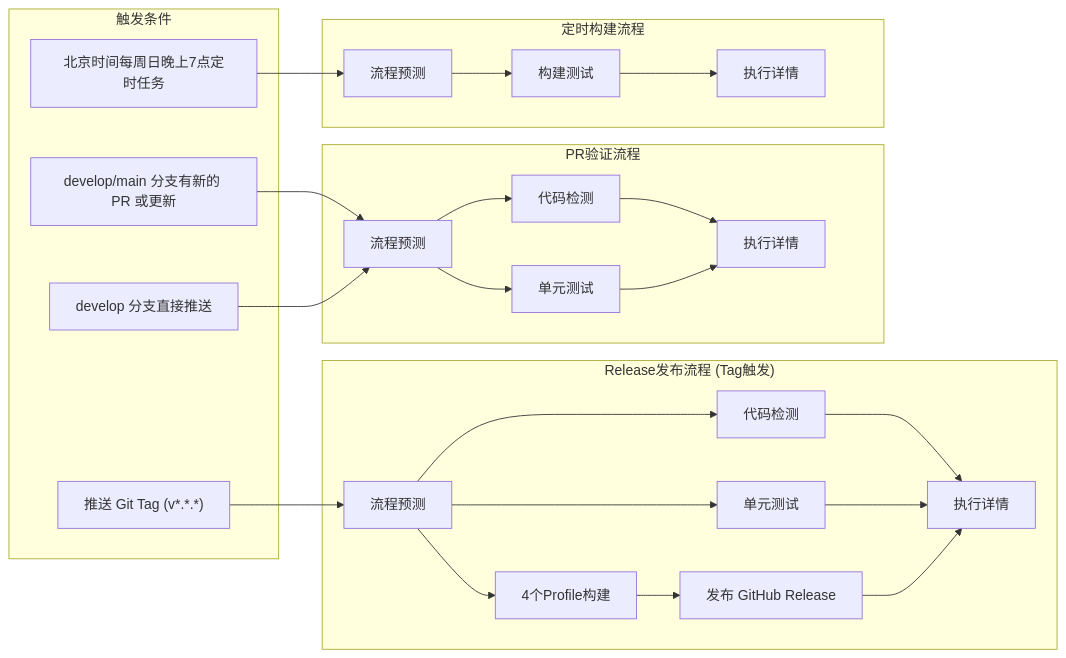
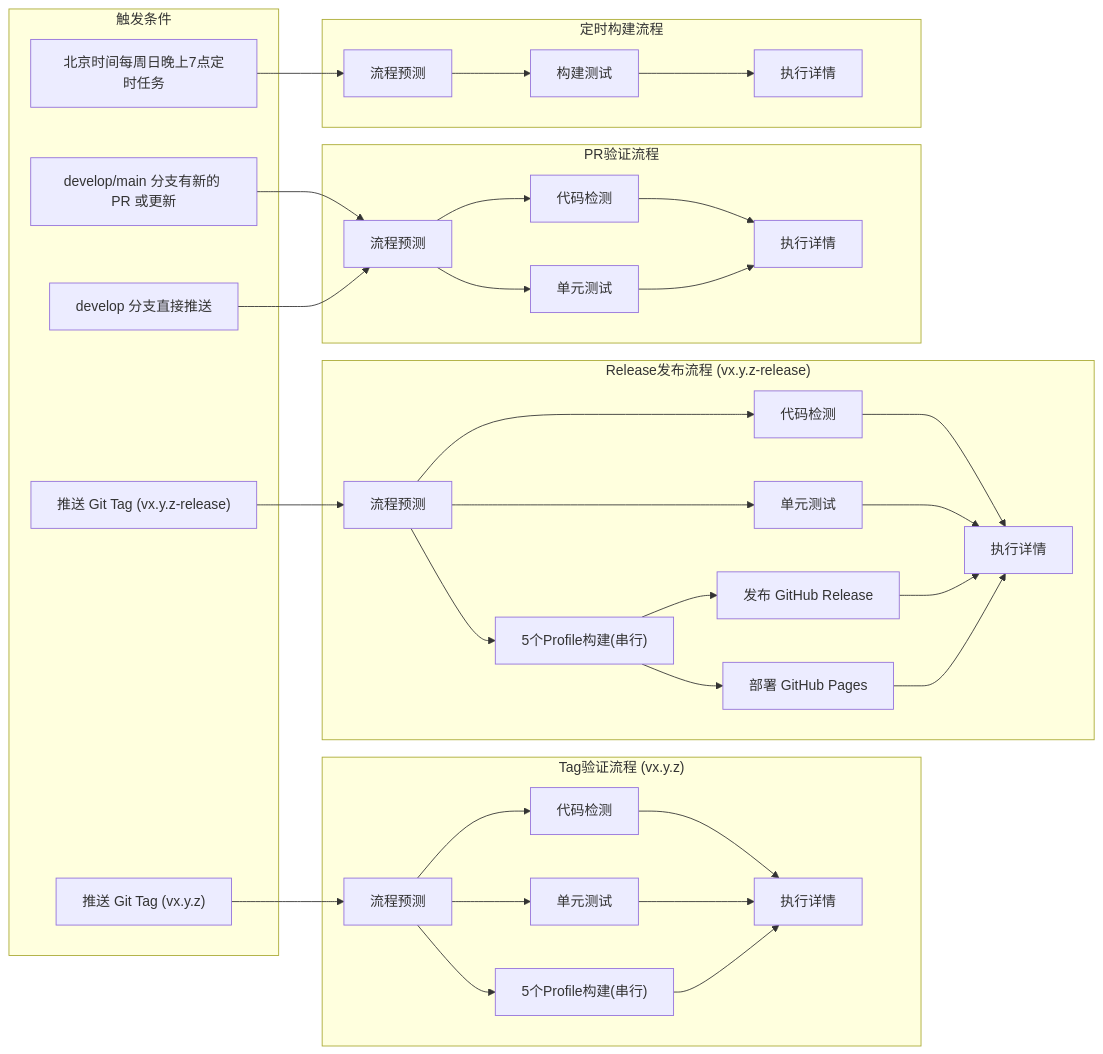
One commit to Vanishing-Games/RainRust changed the diagram in .github/workflows/CICD流程设计.md. Above: the diagram before and after it, drawn with Mermaid. The commit also changed other lines of this file and 2 other files, not shown here.

Commit message:
feat: add WebGL build, GitHub Pages deployment and fix CI/CD issues (#266)
- Fix Unity License activation failures (code 20111) by adding max-parallel: 1
  to build-tests strategy, serializing concurrent Unity activations
- Add WebGL (Web-Release) to build matrix for GitHub Pages support
- Add new deploy-pages job to deploy WebGL builds to GitHub Pages
- Fix GitHub Release draft status (draft: true -> draft: false)
- Update tag versioning logic:
  - vx.y.z tags: full pipeline (style + test + build), no deployment
  - vx.y.z-release tags: full pipeline + GitHub Release + GitHub Pages
- Add should_deploy_pages output to flow-prediction job
- Update pipeline-settings.json and CICD design doc accordingly

````diff
--- a/.github/workflows/CICD流程设计.md
+++ b/.github/workflows/CICD流程设计.md
@@ -72,47 +86,67 @@
 ```mermaid
 flowchart LR
     subgraph triggers ["触发条件"]
-        D["推送 Git Tag (v*.*.*)"]
+        D1["推送 Git Tag (vx.y.z)"]
+        D2["推送 Git Tag (vx.y.z-release)"]
         E["develop/main 分支有新的 PR 或更新"]
         F["develop 分支直接推送"]
         G["北京时间每周日晚上7点定时任务"]
     end
 
-    subgraph release_flow ["Release发布流程 (Tag触发)"]
+    subgraph tag_flow ["Tag验证流程 (vx.y.z)"]
+        C0_T["流程预测"]
+        B_T["代码检测"]
+        A1_T["单元测试"]
+        A2_T["5个Profile构建(串行)"]
+        C1_T["执行详情"]
+
+        C0_T --> B_T
+        C0_T --> A1_T
+        C0_T --> A2_T
+        B_T --> C1_T
+        A1_T --> C1_T
+        A2_T --> C1_T
+    end
+
+    subgraph release_flow ["Release发布流程 (vx.y.z-release)"]
         C0_R["流程预测"]
         B_R["代码检测"]
         A1_R["单元测试"]
-        A2_R["4个Profile构建"]
+        A2_R["5个Profile构建(串行)"]
         A3_R["发布 GitHub Release"]
+        A4_R["部署 GitHub Pages"]
         C1_R["执行详情"]
 
         C0_R --> B_R
         C0_R --> A1_R
         C0_R --> A2_R
         A2_R --> A3_R
+        A2_R --> A4_R
         B_R --> C1_R
         A1_R --> C1_R
         A3_R --> C1_R
+        A4_R --> C1_R
     end
 
     subgraph pr_flow ["PR验证流程"]
         C0_P["流程预测"]
         B_P["代码检测"]
         A1_P["单元测试"]
         C1_P["执行详情"]
 
         C0_P --> B_P
         C0_P --> A1_P
         B_P --> C1_P
         A1_P --> C1_P
     end
 
     subgraph schedule_flow ["定时构建流程"]
         C0_S["流程预测"] --> A2_S["构建测试"] --> C1_S["执行详情"]
     end
 
-    D --> C0_R
+    D1 --> C0_T
+    D2 --> C0_R
     E --> C0_P
     F --> C0_P
     G --> C0_S
 ```
````
